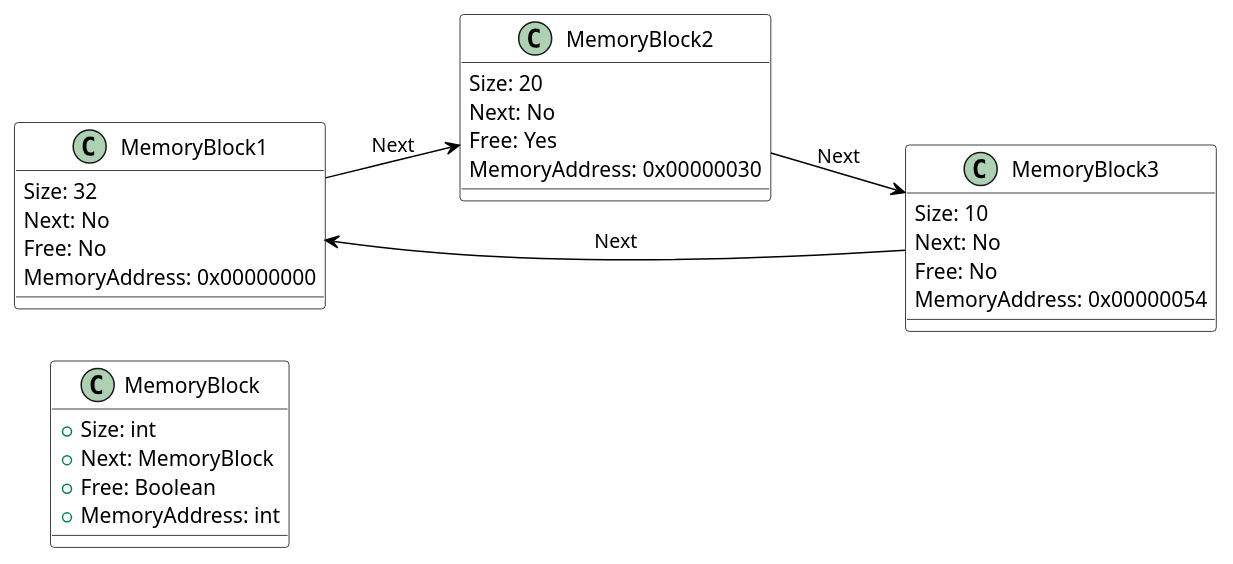
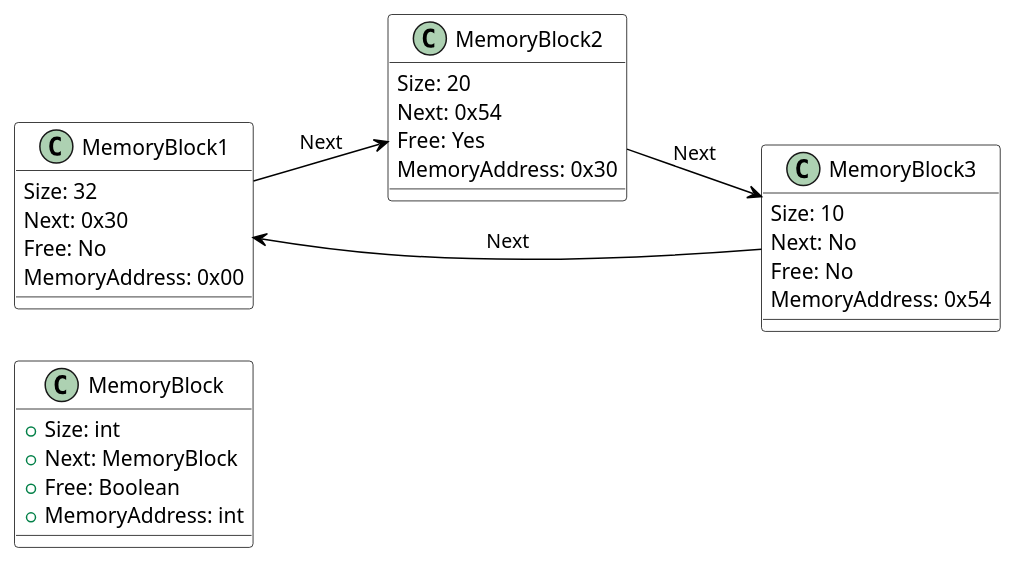
The diagram in LinkedList.puml (SetareIzadi/Assignment-2---Operating-Systems), drawn with PlantUML before and after one commit.

Commit message:
fikset linked list

```diff
--- a/LinkedList.puml
+++ b/LinkedList.puml
@@ -1,36 +1,36 @@
 @startuml
 skinparam class {
     BackgroundColor White
     BorderColor Black
     ArrowColor Black
     RoundCorner 20
 }
 
 left to right direction
 
 class MemoryBlock {
     + Size: int
     + Next: MemoryBlock
     + Free: Boolean
     + MemoryAddress: int
 }
 
 MemoryBlock1 : Size: 32
-MemoryBlock1 : Next: No
+MemoryBlock1 : Next: 0x30
 MemoryBlock1 : Free: No
-MemoryBlock1 : MemoryAddress: 0x00000000
+MemoryBlock1 : MemoryAddress: 0x00
 MemoryBlock1 --> MemoryBlock2 : Next
 
 MemoryBlock2 : Size: 20
-MemoryBlock2 : Next: No
+MemoryBlock2 : Next: 0x54
 MemoryBlock2 : Free: Yes
-MemoryBlock2 : MemoryAddress: 0x00000030
+MemoryBlock2 : MemoryAddress: 0x30
 MemoryBlock2 --> MemoryBlock3 : Next
 
 MemoryBlock3 : Size: 10
 MemoryBlock3 : Next: No
 MemoryBlock3 : Free: No
-MemoryBlock3 : MemoryAddress: 0x00000054
+MemoryBlock3 : MemoryAddress: 0x54
 MemoryBlock3 --> MemoryBlock1 : Next
 
 @enduml
```
